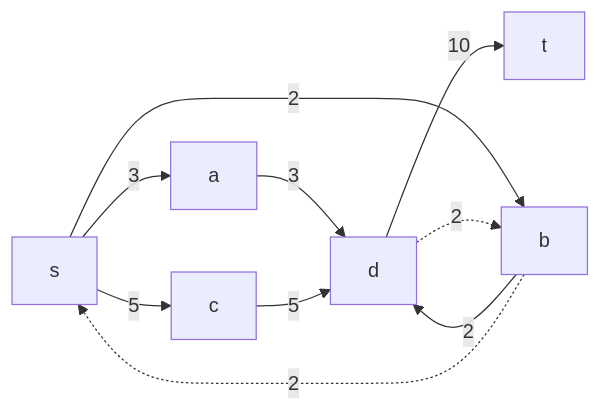
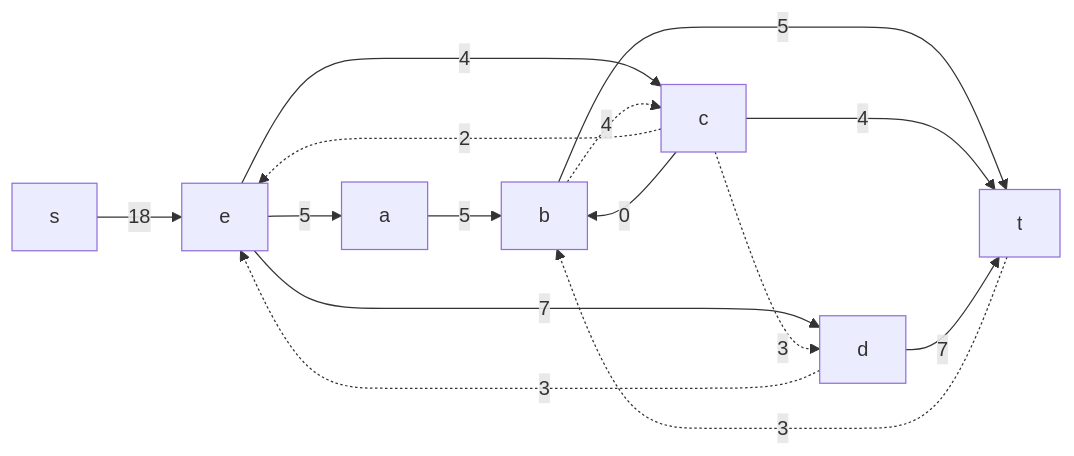
One commit to hse-algo-24-raven/manual-tasks-raven changed diagram 11 of 14 in task-10/pustobek.md. Above: the diagram before and after it, drawn with Mermaid. The commit also changed other lines of this file, not shown here.

````diff
--- a/task-10/pustobek.md
+++ b/task-10/pustobek.md
@@ -210,7 +198,17 @@
 ```mermaid
 graph LR
-    s-->|3|a-->|3|d-->|10|t
-    s-->|2|b-->|2|d
-    s-->|5|c-->|5|d
-    d-.->|2|b-.->|2|s
+    s-->|18|e
+    e-->|5|a
+    c-.->|2|e
+    e-->|4|c
+    d-.->|3|e
+    e-->|7|d
+    a-->|5|b
+    b-.->|4|c
+    c-->|0|b
+    c-.->|3|d
+    b-->|5|t
+    t-.->|3|b
+    c-->|4|t
+    d-->|7|t
 ```
````
